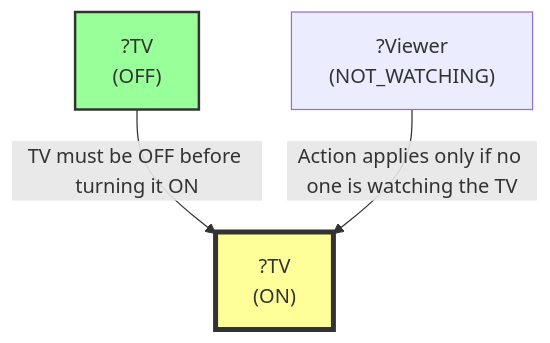
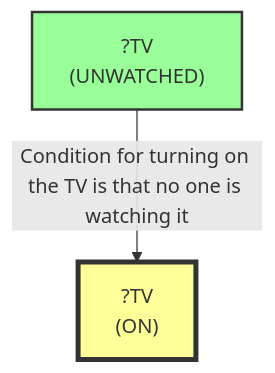
The second of 19 diagrams in evaluation/results/table1/_raw/robostate/run_T1_SCALE_SG05_S5.md (scuama/virtualhome), drawn with Mermaid before and after one commit. The commit also changed other lines of this file and 46 other files, not shown here.

````diff
--- a/evaluation/results/table1/_raw/robostate/run_T1_SCALE_SG05_S5.md
+++ b/evaluation/results/table1/_raw/robostate/run_T1_SCALE_SG05_S5.md
@@ -240,10 +167,8 @@
 ```mermaid
 graph TD
     N1["?TV<br>(ON)"]
     style N1 fill:#ff9,stroke:#333,stroke-width:4px
-    N2["?TV<br>(OFF)"]
+    N2["?TV<br>(UNWATCHED)"]
     style N2 fill:#9f9,stroke:#333,stroke-width:2px
-    N3["?Viewer<br>(NOT_WATCHING)"]
-    N2 -->|"TV must be OFF before turning it ON"| N1
-    N3 -->|"Action applies only if no one is watching the TV"| N1
+    N2 -->|"Condition for turning on the TV is that no one is watching it"| N1
 ```
````
